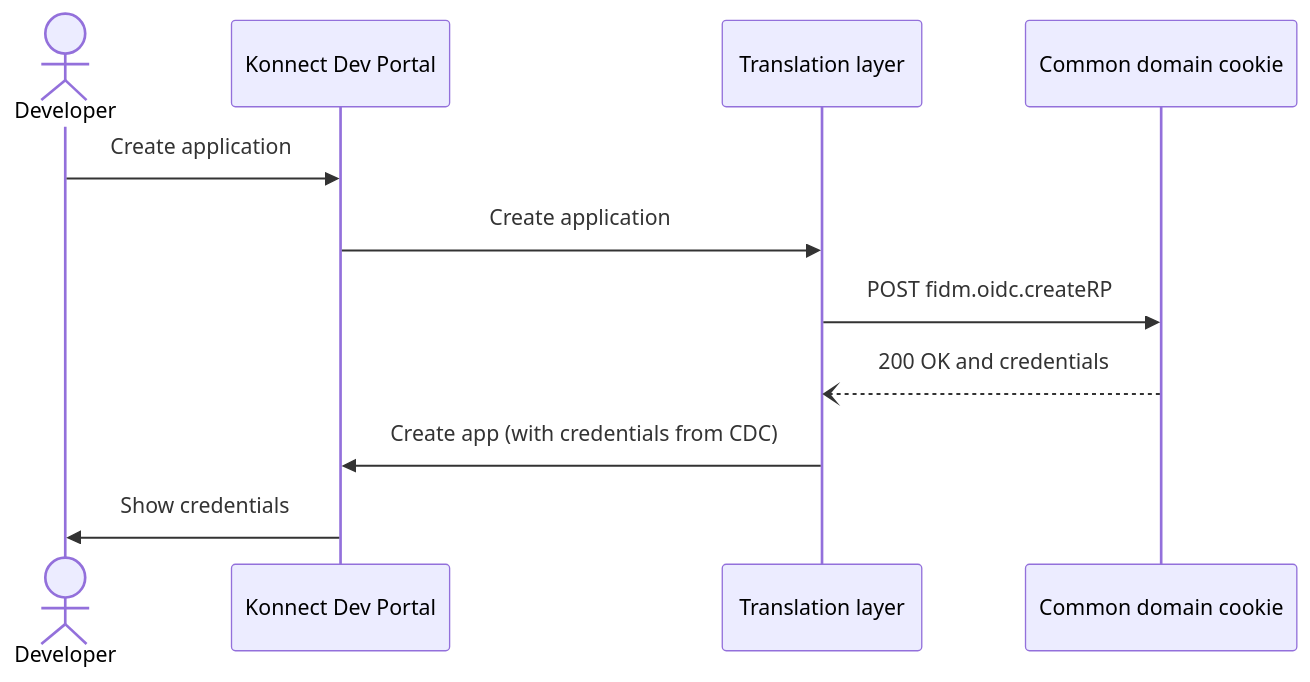
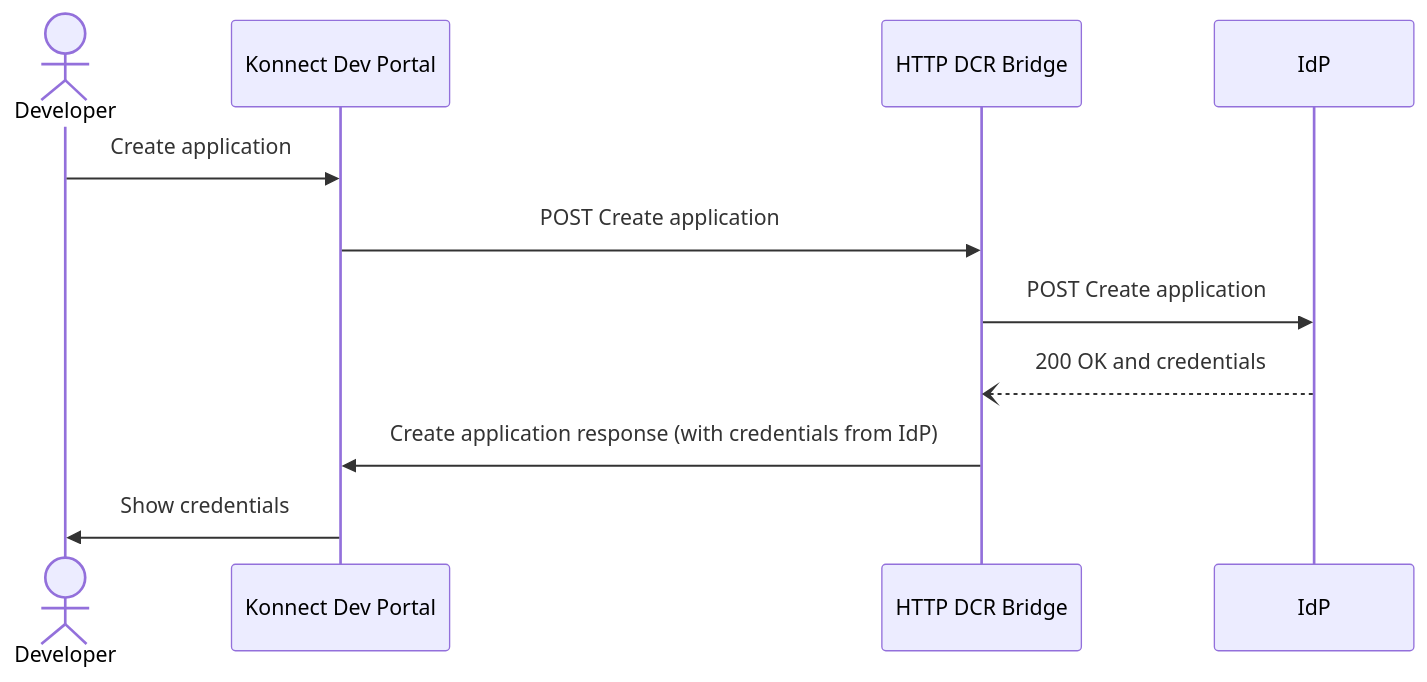
The diagram in app/konnect/dev-portal/applications/dynamic-client-registration/custom.md (Kong/docs.konghq.com), drawn with Mermaid before and after one commit. The commit also changed other lines of this file, not shown here.

```diff
--- a/app/konnect/dev-portal/applications/dynamic-client-registration/custom.md
+++ b/app/konnect/dev-portal/applications/dynamic-client-registration/custom.md
@@ -17,13 +17,13 @@
 {% mermaid %}
 sequenceDiagram
     actor Developer
     participant Konnect Dev Portal
-    participant Translation layer
-    participant Common domain cookie
+    participant HTTP DCR Bridge
+    participant IdP
     Developer->>Konnect Dev Portal: Create application
-    Konnect Dev Portal->>Translation layer: Create application
-    Translation layer->>Common domain cookie: POST fidm.oidc.createRP
-    Common domain cookie--)Translation layer: 200 OK and credentials
-    Translation layer->>Konnect Dev Portal: Create app (with credentials from CDC)
+    Konnect Dev Portal->>HTTP DCR Bridge: POST Create application
+    HTTP DCR Bridge->>IdP: POST Create application
+    IdP--)HTTP DCR Bridge: 200 OK and credentials
+    HTTP DCR Bridge->>Konnect Dev Portal: Create application response (with credentials from IdP)
     Konnect Dev Portal->>Developer: Show credentials
 {% endmermaid %}
```
